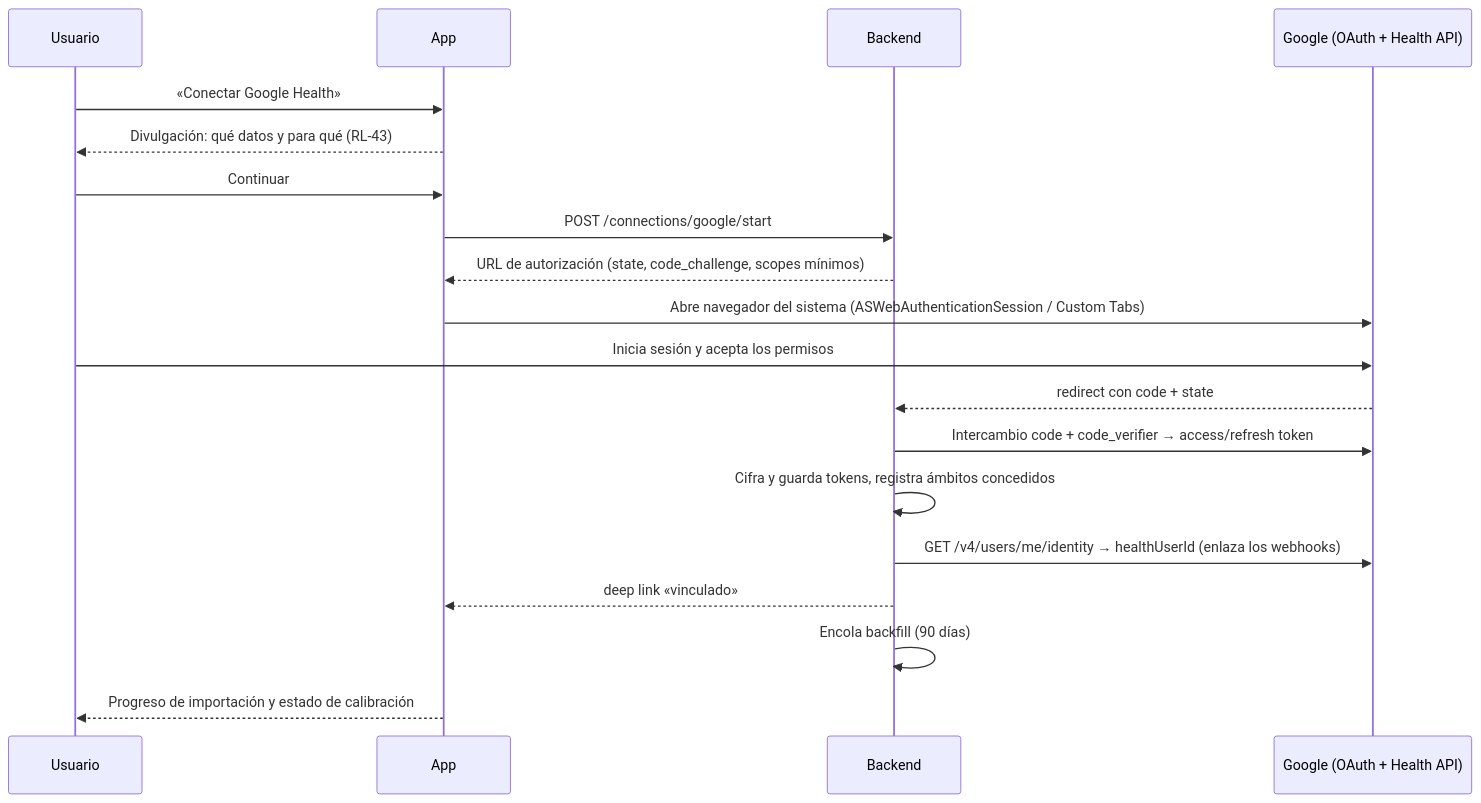
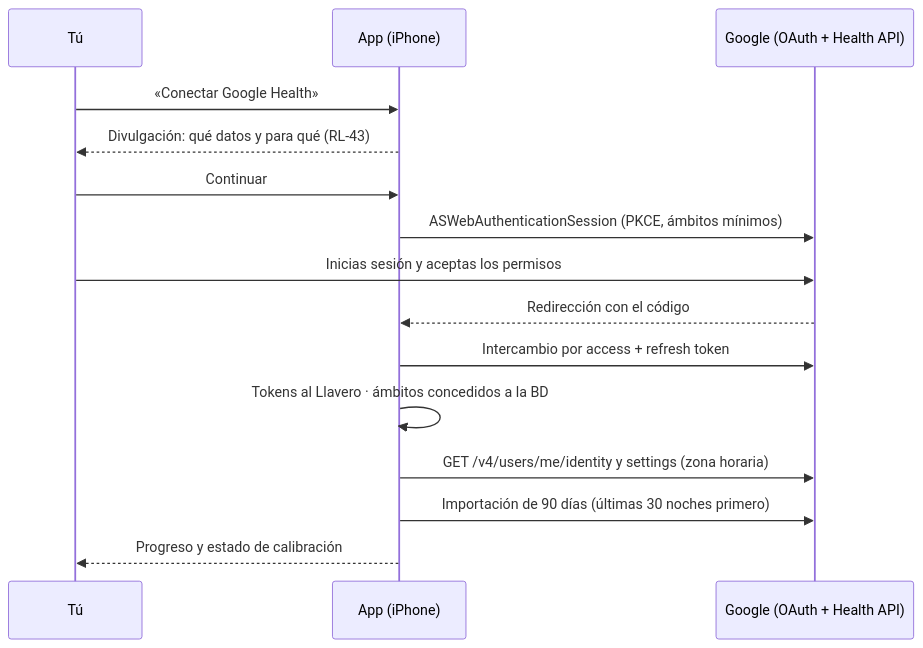
Before and after one commit to marcgodinezmartinez-gif/FitbitApp: the second of 2 diagrams in docs/08-arquitectura-tecnica.md, drawn with Mermaid. The commit also changed other lines of this file and 20 other files, not shown here.

First line of the commit message:
Adaptar requisitos a app personal para iPhone, gratuita y sin servidor

````diff
--- a/docs/08-arquitectura-tecnica.md
+++ b/docs/08-arquitectura-tecnica.md
@@ -115,21 +78,17 @@
 ```mermaid
 sequenceDiagram
-    participant U as Usuario
-    participant App
-    participant API as Backend
+    participant U as Tú
+    participant App as App (iPhone)
     participant G as Google (OAuth + Health API)
     U->>App: «Conectar Google Health»
     App-->>U: Divulgación: qué datos y para qué (RL-43)
     U->>App: Continuar
-    App->>API: POST /connections/google/start
-    API-->>App: URL de autorización (state, code_challenge, scopes mínimos)
-    App->>G: Abre navegador del sistema (ASWebAuthenticationSession / Custom Tabs)
-    U->>G: Inicia sesión y acepta los permisos
-    G-->>API: redirect con code + state
-    API->>G: Intercambio code + code_verifier → access/refresh token
-    API->>API: Cifra y guarda tokens, registra ámbitos concedidos
-    API->>G: GET /v4/users/me/identity → healthUserId (enlaza los webhooks)
-    API-->>App: deep link «vinculado» 
-    API->>API: Encola backfill (90 días)
-    App-->>U: Progreso de importación y estado de calibración
+    App->>G: ASWebAuthenticationSession (PKCE, ámbitos mínimos)
+    U->>G: Inicias sesión y aceptas los permisos
+    G-->>App: Redirección con el código
+    App->>G: Intercambio por access + refresh token
+    App->>App: Tokens al Llavero · ámbitos concedidos a la BD
+    App->>G: GET /v4/users/me/identity y settings (zona horaria)
+    App->>G: Importación de 90 días (últimas 30 noches primero)
+    App-->>U: Progreso y estado de calibración
 ```
````
